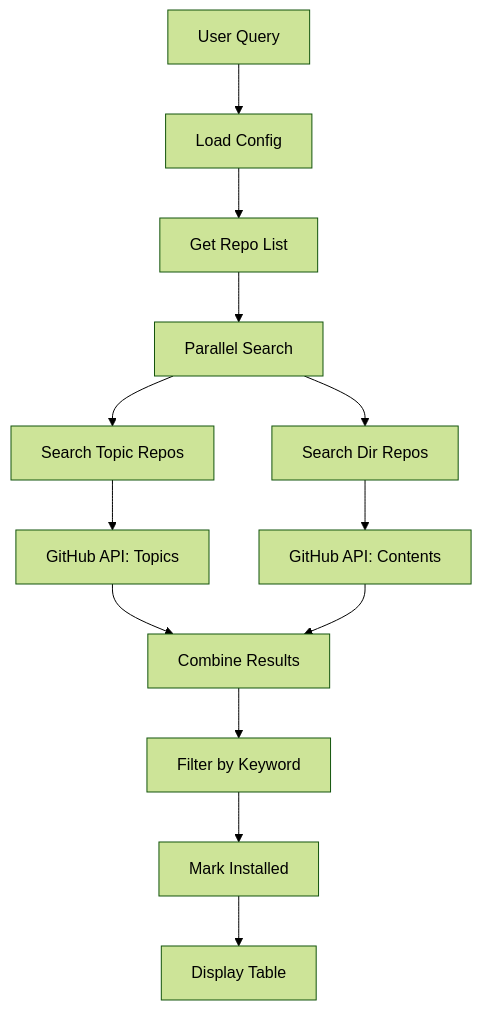
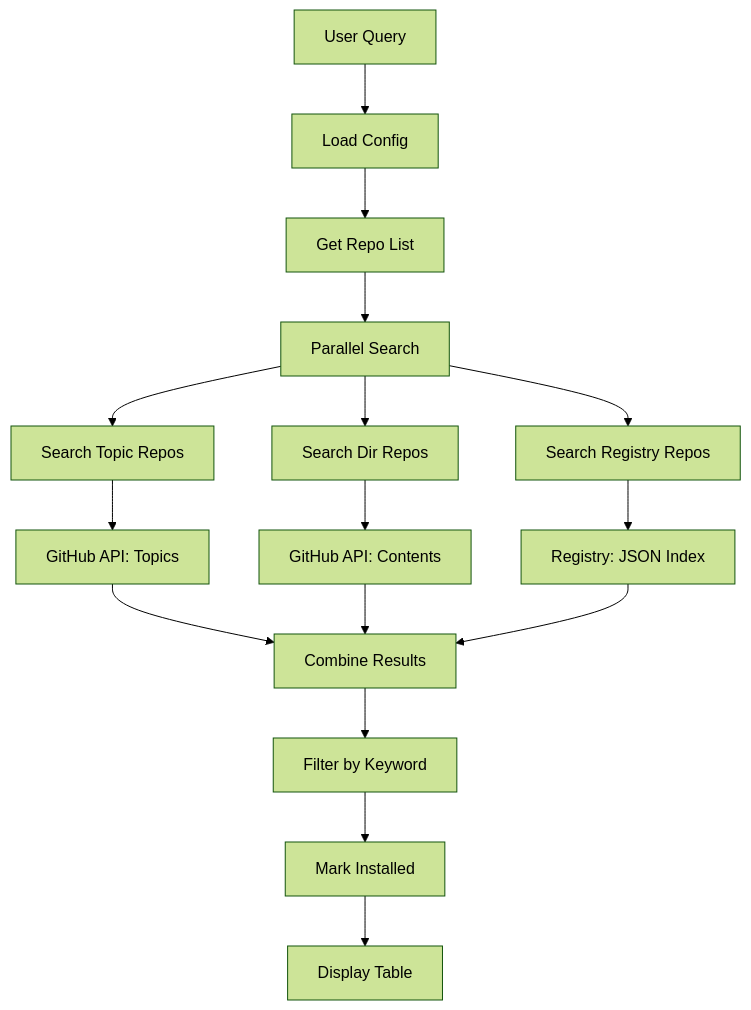
The tenth of 12 diagrams in docs/architecture.md (rzyns/ask), drawn with Mermaid (forest theme) before and after one commit. The commit also changed other lines of this file and 2 other files, not shown here.

Commit message:
Update spec and architecture docs

````diff
--- a/docs/architecture.md
+++ b/docs/architecture.md
@@ -349,15 +349,18 @@
 ```mermaid
 graph TB
     A[User Query] --> B[Load Config]
     B --> C[Get Repo List]
     C --> D[Parallel Search]
     D --> E1[Search Topic Repos]
     D --> E2[Search Dir Repos]
+    D --> E3[Search Registry Repos]
     E1 --> F[GitHub API: Topics]
     E2 --> G[GitHub API: Contents]
+    E3 --> G2[Registry: JSON Index]
     F --> H[Combine Results]
     G --> H
+    G2 --> H
     H --> I[Filter by Keyword]
     I --> J[Mark Installed]
     J --> K[Display Table]
 ```
````
